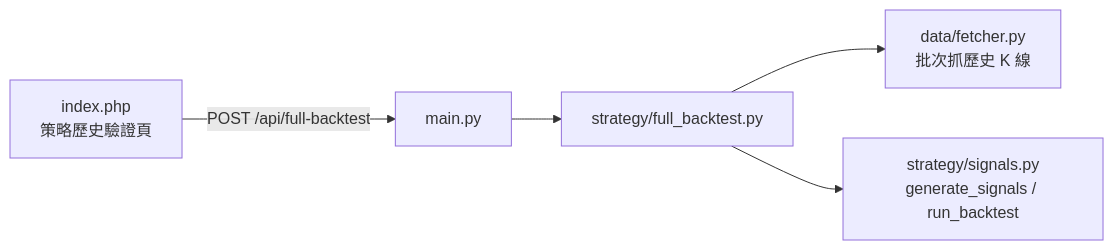
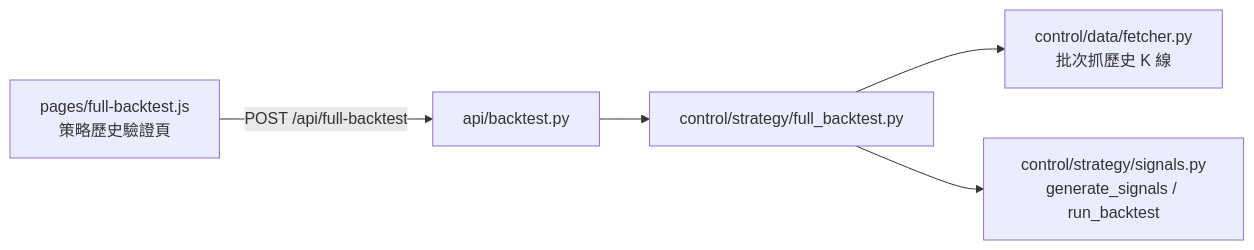
The third of 4 diagrams in README.md (t33287720/stock-agent), drawn with Mermaid before and after one commit. The commit also changed other lines of this file and 40 other files, not shown here.

````diff
--- a/README.md
+++ b/README.md
@@ -128,7 +144,7 @@
 ```mermaid
 flowchart LR
-    UI[index.php<br/>策略歷史驗證頁] -->|POST /api/full-backtest| API[main.py]
-    API --> FullBT[strategy/full_backtest.py]
-    FullBT --> Fetcher[data/fetcher.py<br/>批次抓歷史 K 線]
-    FullBT --> Signals[strategy/signals.py<br/>generate_signals / run_backtest]
+    UI[pages/full-backtest.js<br/>策略歷史驗證頁] -->|POST /api/full-backtest| API[api/backtest.py]
+    API --> FullBT[control/strategy/full_backtest.py]
+    FullBT --> Fetcher[control/data/fetcher.py<br/>批次抓歷史 K 線]
+    FullBT --> Signals[control/strategy/signals.py<br/>generate_signals / run_backtest]
 ```
````
